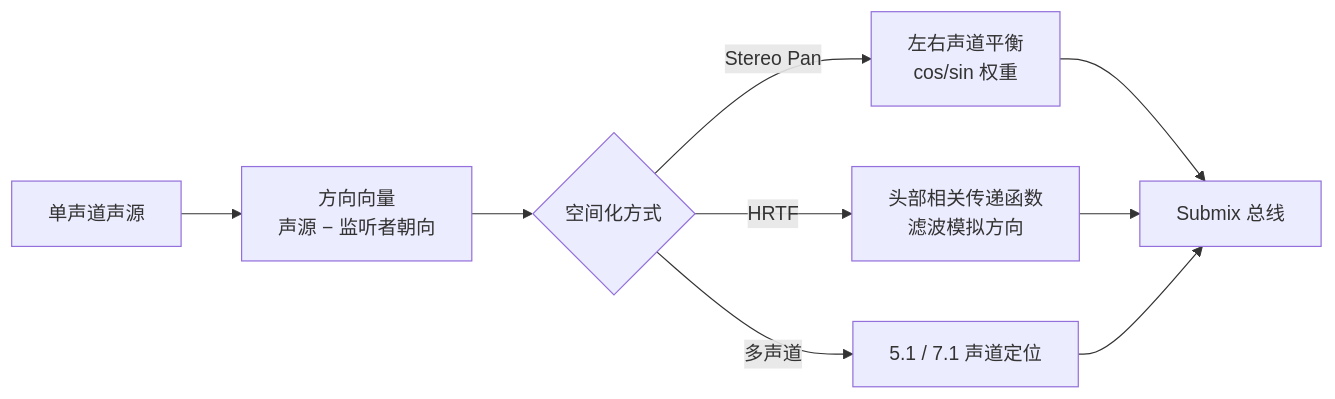
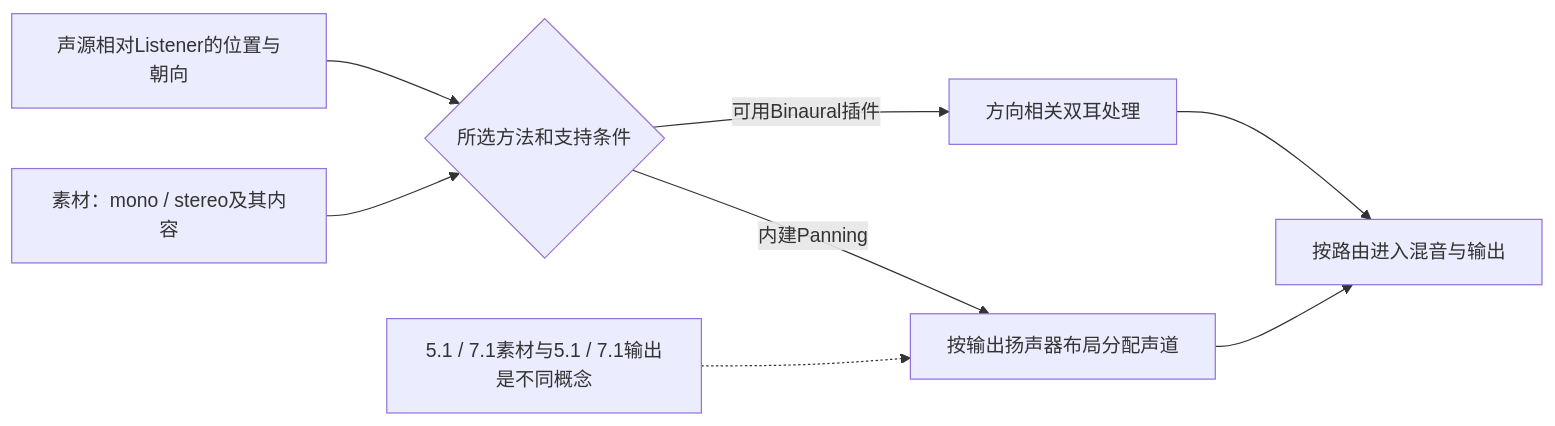
Before and after one commit to fantuan812/learning: the second of 4 diagrams in 知识/04-图形动画与物理仿真/音频播放与程序化声音/02-衰减与3D空间音效.md, drawn with Mermaid. The commit also changed other lines of this file and 2 other files, not shown here.

````diff
--- a/知识/04-图形动画与物理仿真/音频播放与程序化声音/02-衰减与3D空间音效.md
+++ b/知识/04-图形动画与物理仿真/音频播放与程序化声音/02-衰减与3D空间音效.md
@@ -134,11 +132,10 @@
 ```mermaid
 flowchart LR
-    A["单声道声源"] --> B["方向向量<br/>声源 − 监听者朝向"]
-    B --> C{"空间化方式"}
-    C -->|"Stereo Pan"| D["左右声道平衡<br/>cos/sin 权重"]
-    C -->|"HRTF"| E["头部相关传递函数<br/>滤波模拟方向"]
-    C -->|"多声道"| F["5.1 / 7.1 声道定位"]
-    D --> G["Submix 总线"]
-    E --> G
-    F --> G
+    S["素材：mono / stereo及其内容"] --> M{"所选方法和支持条件"}
+    D["声源相对Listener的位置与朝向"] --> M
+    M -->|"内建Panning"| P["按输出扬声器布局分配声道"]
+    M -->|"可用Binaural插件"| B["方向相关双耳处理"]
+    P --> O["按路由进入混音与输出"]
+    B --> O
+    C["5.1 / 7.1素材与5.1 / 7.1输出是不同概念"] -.-> P
 ```
````
